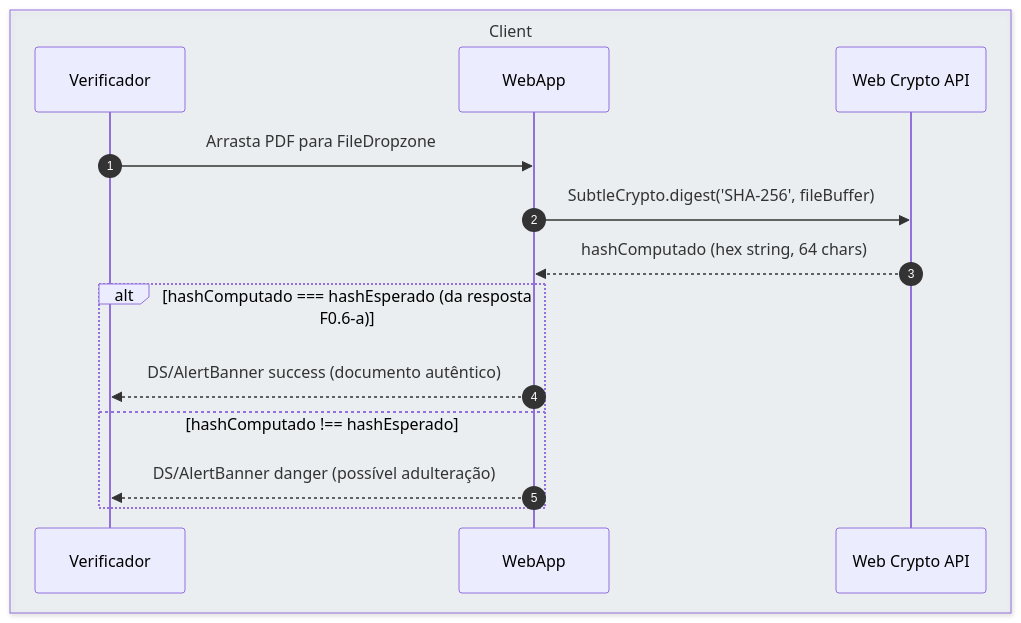
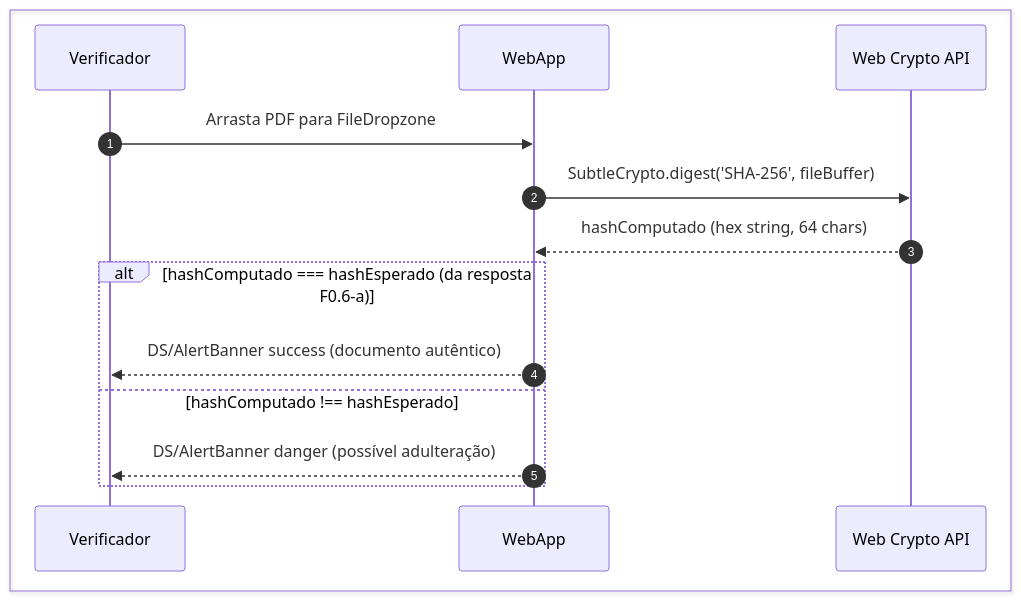
The second of 4 diagrams in foundationDocs/sequenceDiagrams/F0 — Público/US-F0-006-VERIFICAR-PROTOCOLO.md (umishell/secretariaOnline2), drawn with Mermaid before and after one commit. The commit also changed other lines of this file and 70 other files, not shown here.

First line of the commit message:
Enhance database documentation and introduce new schema files

````diff
--- a/foundationDocs/sequenceDiagrams/F0 — Público/US-F0-006-VERIFICAR-PROTOCOLO.md
+++ b/foundationDocs/sequenceDiagrams/F0 — Público/US-F0-006-VERIFICAR-PROTOCOLO.md
@@ -88,18 +88,18 @@
 ```mermaid
 sequenceDiagram
     autonumber
-    box rgba(230,245,255,0.3) Client
+    box #e8f4fc Cliente
         participant Verificador
         participant WebApp
         participant Crypto as Web Crypto API
     end
 
     Verificador->>WebApp: Arrasta PDF para FileDropzone
     WebApp->>Crypto: SubtleCrypto.digest('SHA-256', fileBuffer)
     Crypto-->>WebApp: hashComputado (hex string, 64 chars)
     alt hashComputado === hashEsperado (da resposta F0.6-a)
         WebApp-->>Verificador: DS/AlertBanner success (documento autêntico)
     else hashComputado !== hashEsperado
         WebApp-->>Verificador: DS/AlertBanner danger (possível adulteração)
     end
 ```
````
